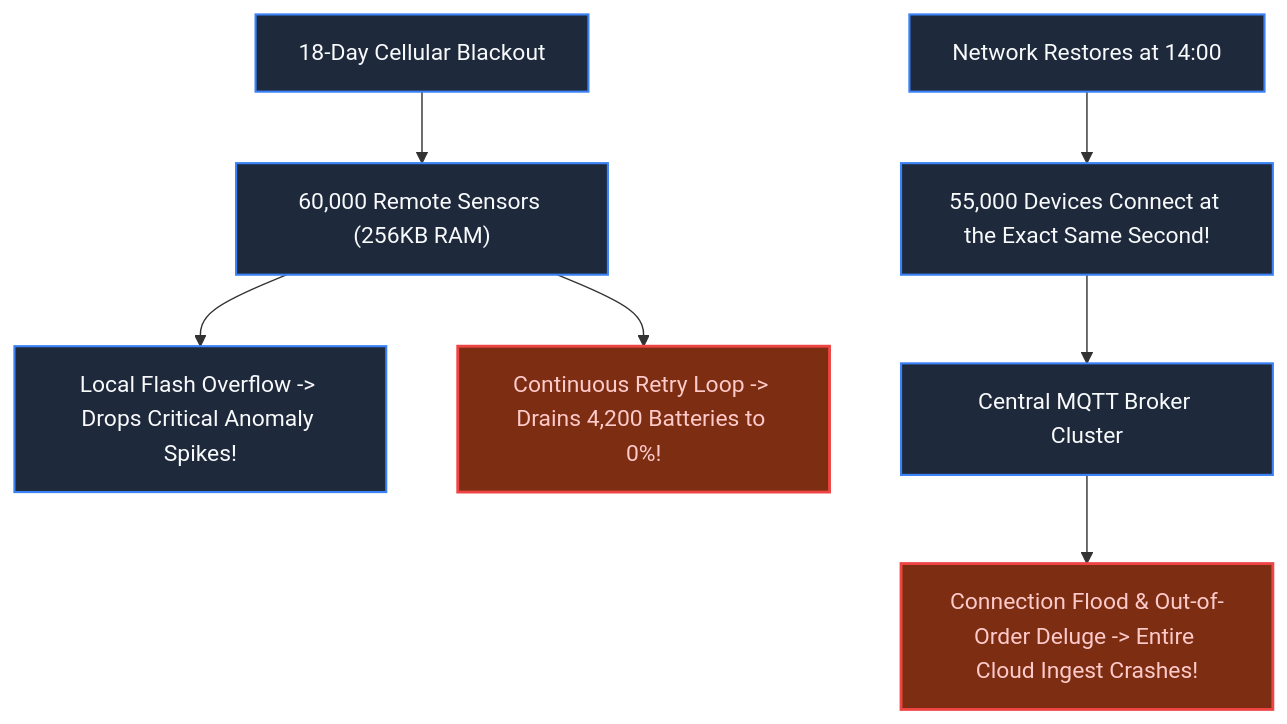
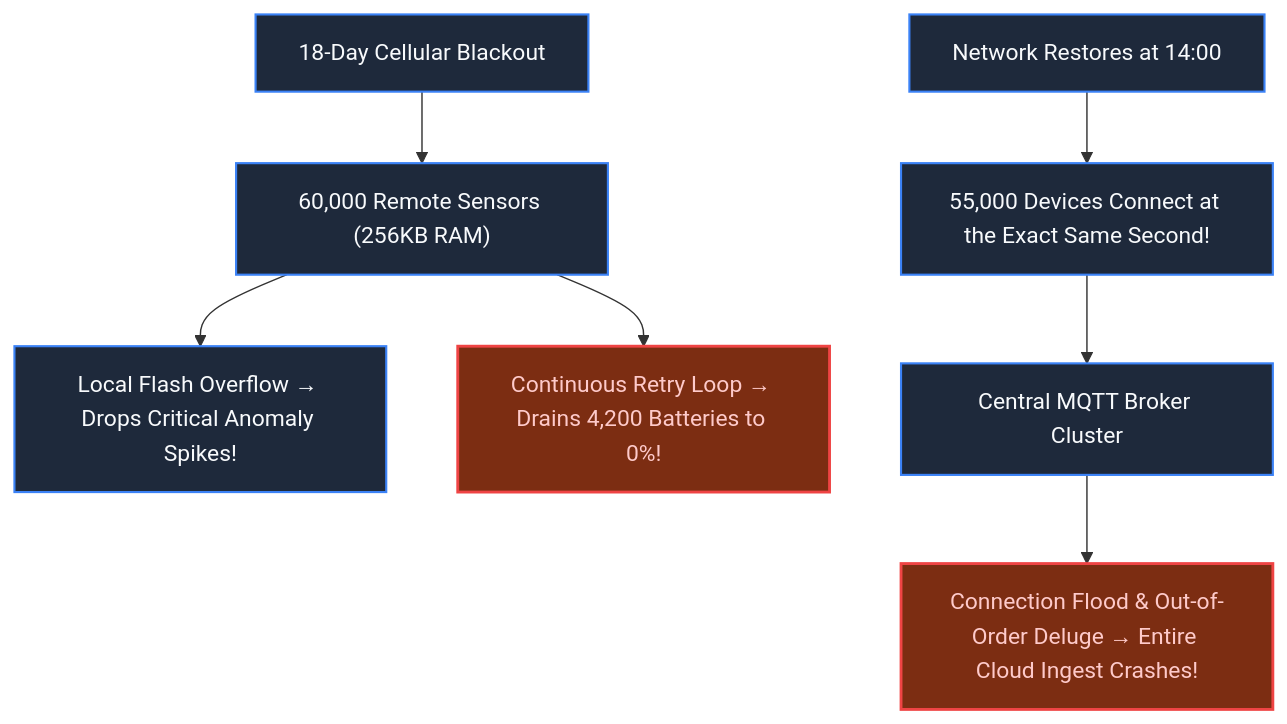
The first of 2 diagrams in book/part-06-extreme-constraints/chapter-35-iot-edge-constrained-devices.md (Priyeshnd555/systems-beyond-the-code), drawn with Mermaid before and after one commit. The commit also changed 33 other files, not shown here.

Commit message:
feat: add dynamic mermaid diagram sanitization and update chart syntax across book chapters

````diff
--- a/book/part-06-extreme-constraints/chapter-35-iot-edge-constrained-devices.md
+++ b/book/part-06-extreme-constraints/chapter-35-iot-edge-constrained-devices.md
@@ -17,16 +17,16 @@
 ```mermaid
 flowchart TD
     CellDown["18-Day Cellular Blackout"] --> Sensors["60,000 Remote Sensors (256KB RAM)"]
     
-    Sensors --> FlashFull["Local Flash Overflow -> Drops Critical Anomaly Spikes!"]
-    Sensors --> BatteryDead["Continuous Retry Loop -> Drains 4,200 Batteries to 0%!"]
+    Sensors --> FlashFull["Local Flash Overflow → Drops Critical Anomaly Spikes!"]
+    Sensors --> BatteryDead["Continuous Retry Loop → Drains 4,200 Batteries to 0%!"]
     
     CellUp["Network Restores at 14:00"] --> Surge["55,000 Devices Connect at the Exact Same Second!"]
     
     Surge --> Broker["Central MQTT Broker Cluster"]
-    Broker --> Crash["Connection Flood & Out-of-Order Deluge -> Entire Cloud Ingest Crashes!"]
+    Broker --> Crash["Connection Flood & Out-of-Order Deluge → Entire Cloud Ingest Crashes!"]
 
     classDef default fill:#1e293b,stroke:#3b82f6,stroke-width:1.5px,color:#f8fafc;
     classDef alert fill:#7c2d12,stroke:#ef4444,stroke-width:2px,color:#fecaca;
     class BatteryDead,Crash alert;
 ```
````
